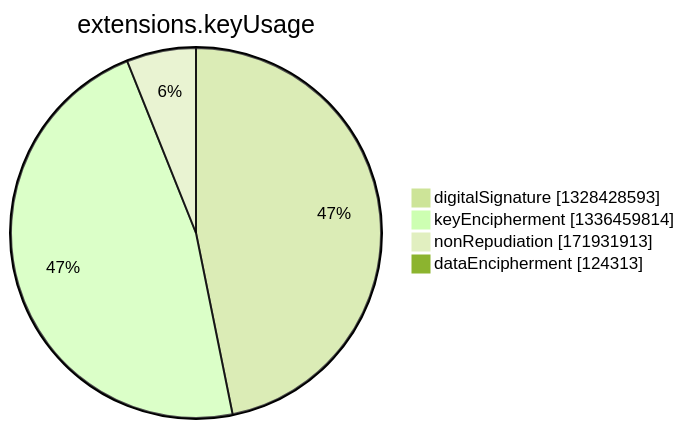
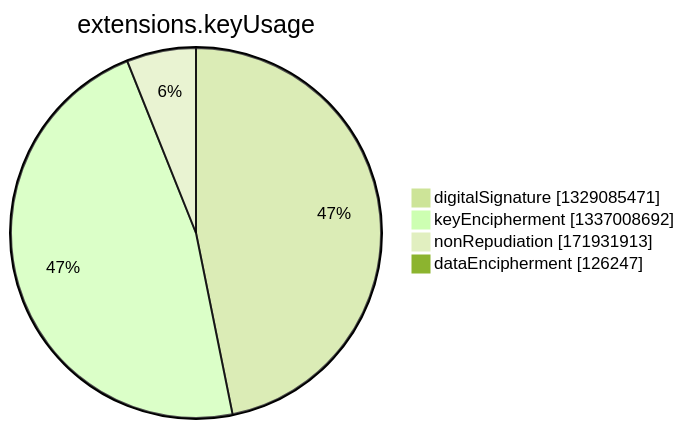
One commit to christiankrug/ctmonitor_visualization changed the seventh of 15 diagrams in argon2022/README.md. Above: the diagram before and after it, drawn with Mermaid (forest theme). The commit also changed other lines of this file, not shown here.

````diff
--- a/argon2022/README.md
+++ b/argon2022/README.md
@@ -2750,8 +2750,8 @@
 ```mermaid
 pie showData
 title extensions.keyUsage
-"digitalSignature" :1328428593
-"keyEncipherment" :1336459814
+"digitalSignature" :1329085471
+"keyEncipherment" :1337008692
 "nonRepudiation" :171931913
-"dataEncipherment" :124313
+"dataEncipherment" :126247
 ```
````
